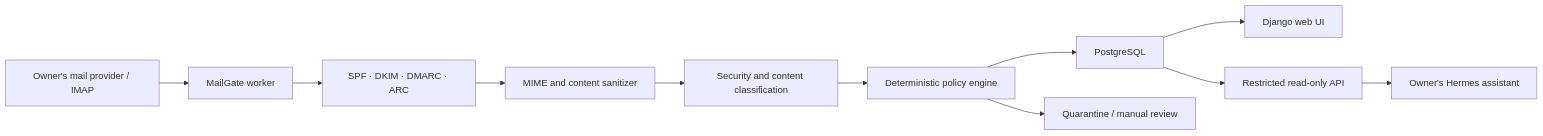
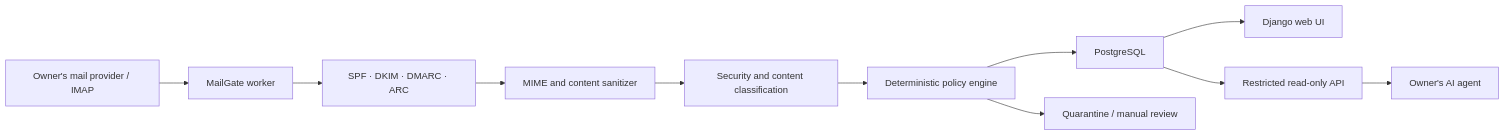
One commit to AlfMueller/mailgate changed the diagram in README.md. Above: the diagram before and after it, drawn with Mermaid. The commit also changed other lines of this file and 6 other files, not shown here.

Commit message:
Replace Hermes with generic AI agent terminology

````diff
--- a/README.md
+++ b/README.md
@@ -44,13 +44,13 @@
 ```mermaid
 flowchart LR
     IMAP["Owner's mail provider / IMAP"] --> Worker["MailGate worker"]
     Worker --> Auth["SPF · DKIM · DMARC · ARC"]
     Auth --> Clean["MIME and content sanitizer"]
     Clean --> Scan["Security and content classification"]
     Scan --> Policy["Deterministic policy engine"]
     Policy --> DB["PostgreSQL"]
     DB --> Web["Django web UI"]
     DB --> API["Restricted read-only API"]
-    API --> Hermes["Owner's Hermes assistant"]
+    API --> Agent["Owner's AI agent"]
     Policy --> Quarantine["Quarantine / manual review"]
 ```
````
